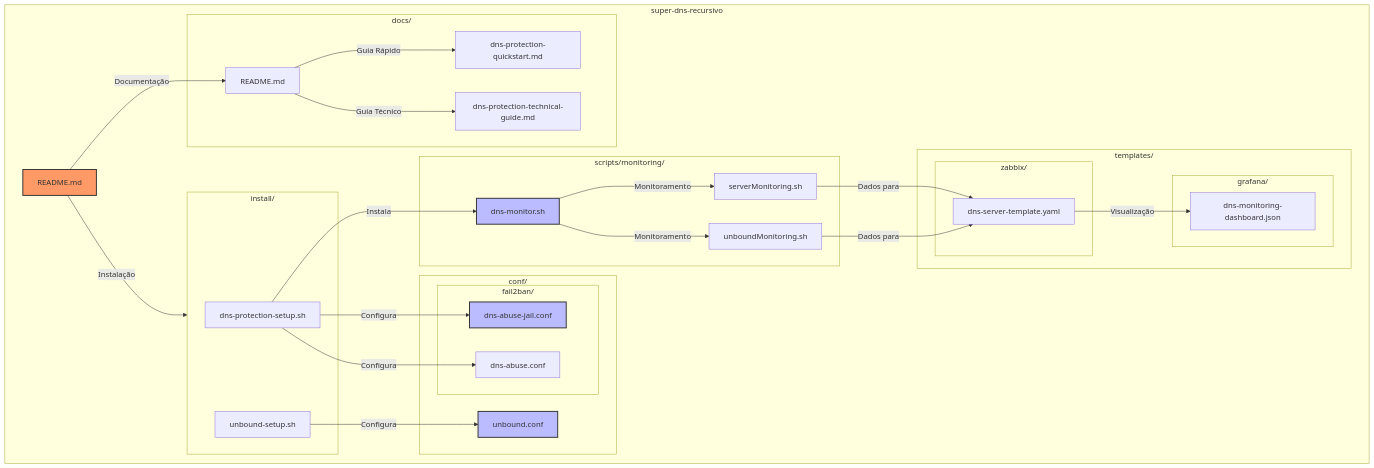
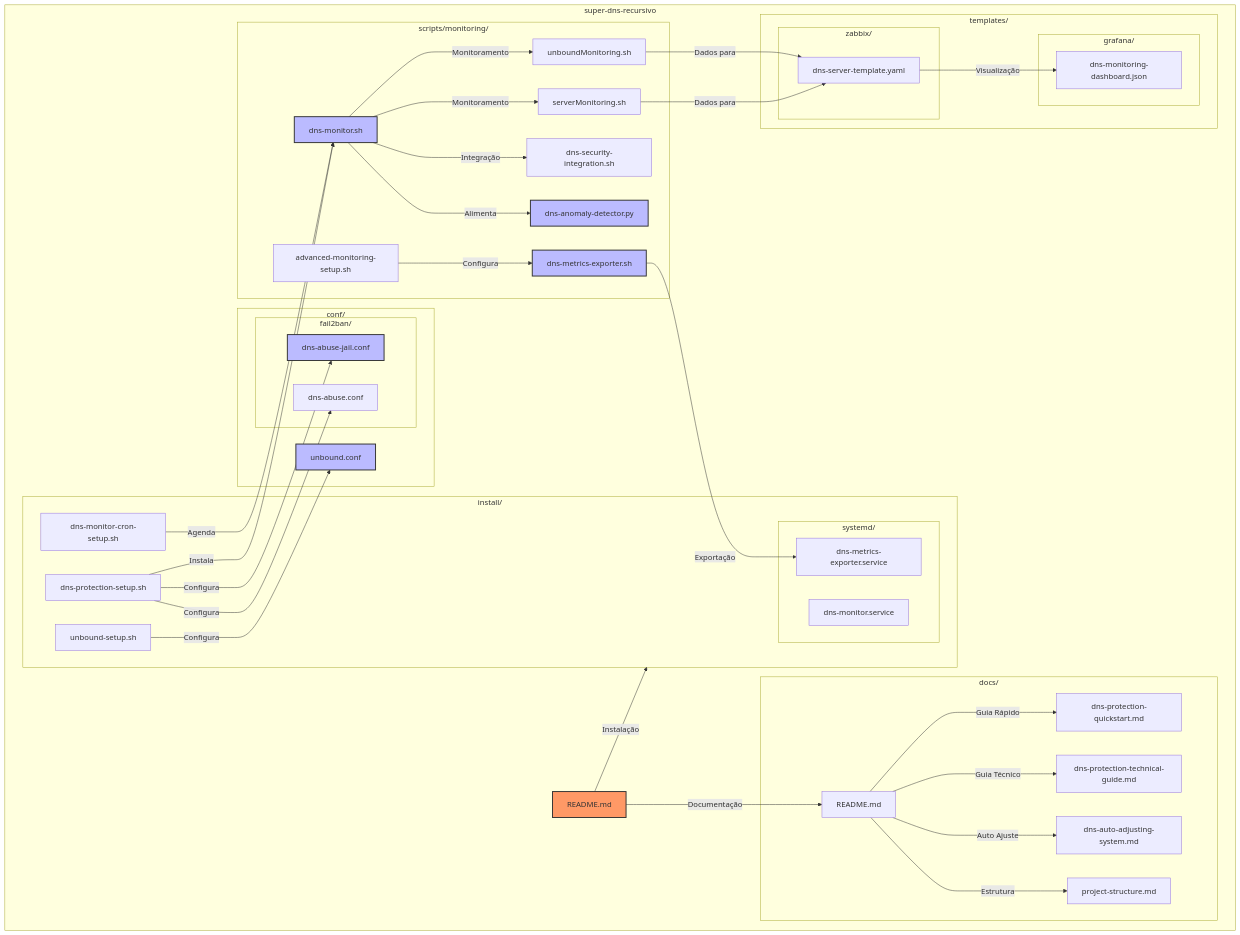
The first of 2 diagrams in README.md (flicl/super-dns-recursivo), drawn with Mermaid before and after one commit. The commit also changed other lines of this file and 1 other file, not shown here.

Commit message:
docs: Update README and configuration for auto-adjusting system and interface settings

````diff
--- a/README.md
+++ b/README.md
@@ -16,6 +16,8 @@
             D_README[README.md]
             D_QUICK[dns-protection-quickstart.md]
             D_TECH[dns-protection-technical-guide.md]
+            D_AUTO[dns-auto-adjusting-system.md]
+            D_STRUCT[project-structure.md]
         end
         
         subgraph "conf/"
@@ -29,12 +31,21 @@
         subgraph "install/"
             DNS_SETUP[dns-protection-setup.sh]
             UNB_SETUP[unbound-setup.sh]
+            CRON_SETUP[dns-monitor-cron-setup.sh]
+            subgraph "systemd/"
+                SYS_MONITOR[dns-monitor.service]
+                SYS_EXPORTER[dns-metrics-exporter.service]
+            end
         end
         
         subgraph "scripts/monitoring/"
             DNS_MON[dns-monitor.sh]
             SRV_MON[serverMonitoring.sh]
             UNB_MON[unboundMonitoring.sh]
+            ADV_MON[advanced-monitoring-setup.sh]
+            ANO_DET[dns-anomaly-detector.py]
+            METRICS_EXP[dns-metrics-exporter.sh]
+            SEC_INT[dns-security-integration.sh]
         end
         
         subgraph "templates/"
@@ -51,18 +62,32 @@
     README -->|Instalação| install/
     D_README -->|Guia Rápido| D_QUICK
     D_README -->|Guia Técnico| D_TECH
+    D_README -->|Auto Ajuste| D_AUTO
+    D_README -->|Estrutura| D_STRUCT
+    
     DNS_SETUP -->|Configura| F2B_JAIL
     DNS_SETUP -->|Configura| F2B_CONF
     DNS_SETUP -->|Instala| DNS_MON
     UNB_SETUP -->|Configura| UNBOUND
+    
     DNS_MON -->|Monitoramento| SRV_MON
     DNS_MON -->|Monitoramento| UNB_MON
+    DNS_MON -->|Integração| SEC_INT
+    DNS_MON -->|Alimenta| ANO_DET
+    
+    ADV_MON -->|Configura| METRICS_EXP
+    METRICS_EXP -->|Exportação| SYS_EXPORTER
+    
     SRV_MON -->|Dados para| ZBX_TEMPL
     UNB_MON -->|Dados para| ZBX_TEMPL
     ZBX_TEMPL -->|Visualização| GRA_DASH
+    
+    CRON_SETUP -->|Agenda| DNS_MON
     
     style README fill:#f96,stroke:#333,stroke-width:2px
     style DNS_MON fill:#bbf,stroke:#333,stroke-width:2px
     style UNBOUND fill:#bbf,stroke:#333,stroke-width:2px
     style F2B_JAIL fill:#bbf,stroke:#333,stroke-width:2px
+    style METRICS_EXP fill:#bbf,stroke:#333,stroke-width:2px
+    style ANO_DET fill:#bbf,stroke:#333,stroke-width:2px
 ```
````
